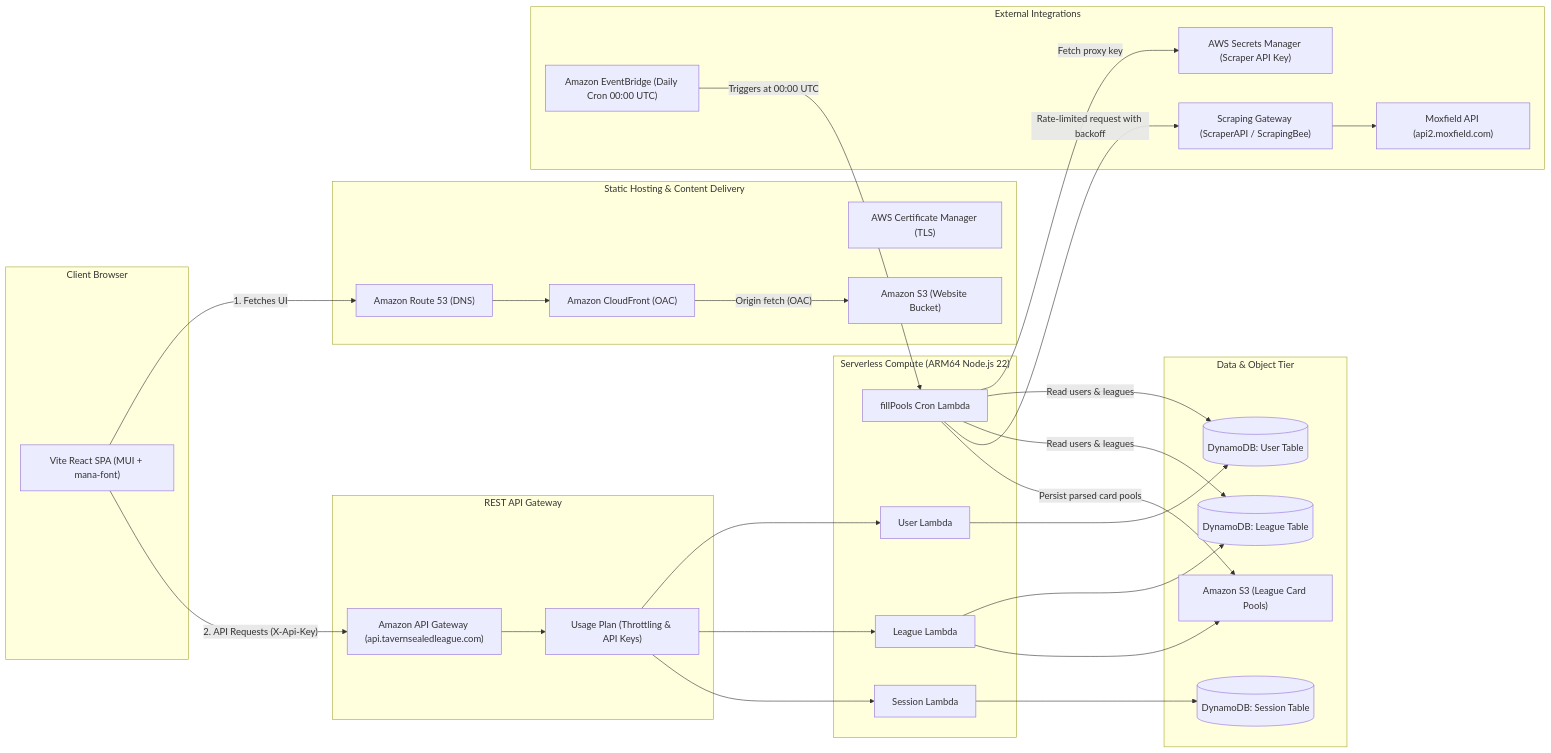
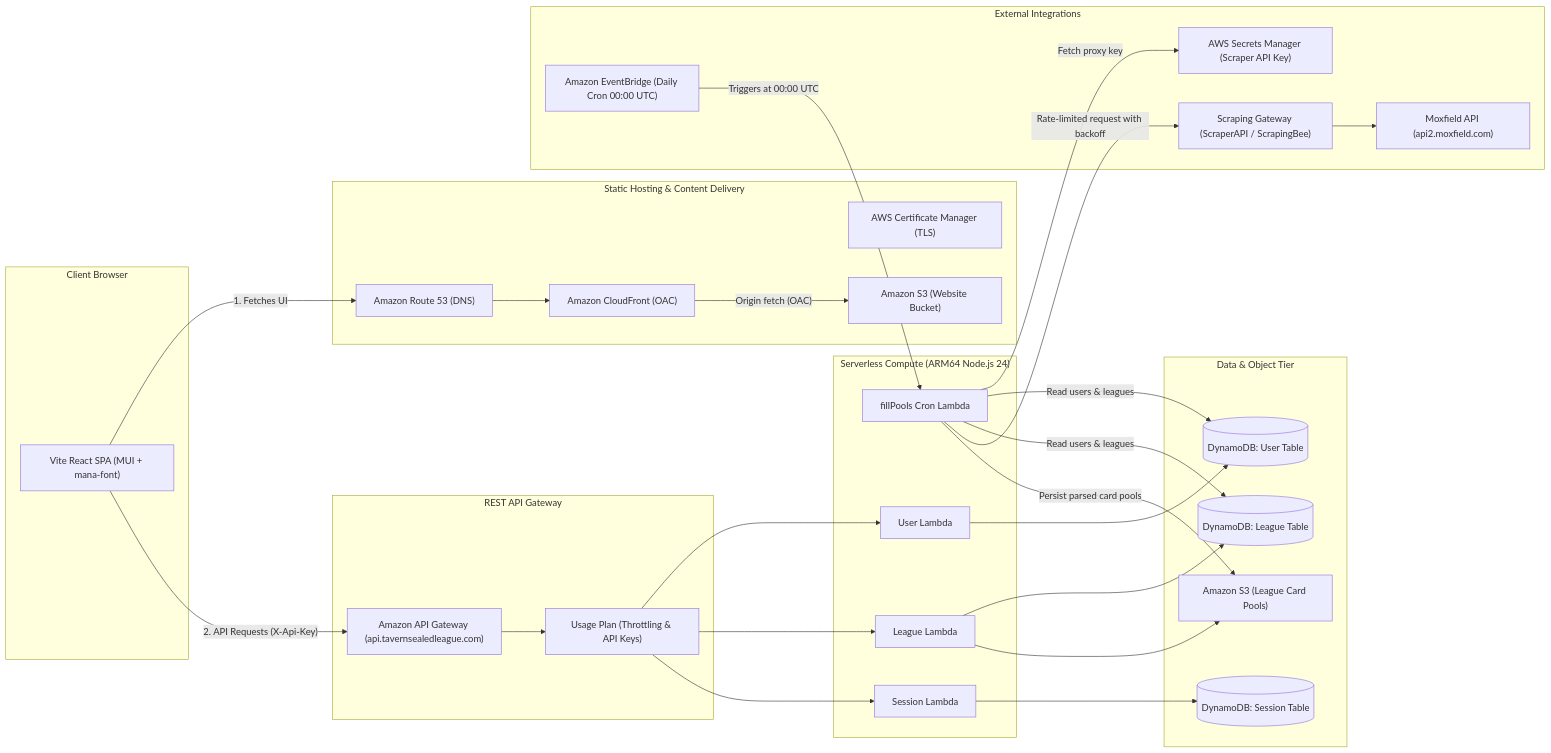
The diagram in GEMINI.md (GitThePower/tsl-site), drawn with Mermaid before and after one commit. The commit also changed other lines of this file and 21 other files, not shown here.

````diff
--- a/GEMINI.md
+++ b/GEMINI.md
@@ -69,57 +68,57 @@
 ```mermaid
 flowchart LR
     subgraph Client["Client Browser"]
         SPA["Vite React SPA (MUI + mana-font)"]
     end
 
     subgraph CDN["Static Hosting & Content Delivery"]
         R53["Amazon Route 53 (DNS)"]
         ACM["AWS Certificate Manager (TLS)"]
         CF["Amazon CloudFront (OAC)"]
         S3Web["Amazon S3 (Website Bucket)"]
     end
 
     subgraph API["REST API Gateway"]
         APIGW["Amazon API Gateway (api.tavernsealedleague.com)"]
         UsagePlan["Usage Plan (Throttling & API Keys)"]
     end
 
-    subgraph Compute["Serverless Compute (ARM64 Node.js 22)"]
+    subgraph Compute["Serverless Compute (ARM64 Node.js 24)"]
         UserFn["User Lambda"]
         LeagueFn["League Lambda"]
         SessionFn["Session Lambda"]
         CronFn["fillPools Cron Lambda"]
     end
 
     subgraph Storage["Data & Object Tier"]
         DDBUser[("DynamoDB: User Table")]
         DDBLeague[("DynamoDB: League Table")]
         DDBSession[("DynamoDB: Session Table")]
         S3League["Amazon S3 (League Card Pools)"]
     end
 
     subgraph External["External Integrations"]
         EB["Amazon EventBridge (Daily Cron 00:00 UTC)"]
         SM["AWS Secrets Manager (Scraper API Key)"]
         Gateway["Scraping Gateway (ScraperAPI / ScrapingBee)"]
         Moxfield["Moxfield API (api2.moxfield.com)"]
     end
 
     SPA -- "1. Fetches UI" --> R53
     R53 --> CF
     CF -- "Origin fetch (OAC)" --> S3Web
     SPA -- "2. API Requests (X-Api-Key)" --> APIGW
     APIGW --> UsagePlan
     UsagePlan --> UserFn & LeagueFn & SessionFn
 
     UserFn --> DDBUser
     SessionFn --> DDBSession
     LeagueFn --> DDBLeague & S3League
 
     EB -- "Triggers at 00:00 UTC" --> CronFn
     CronFn -- "Fetch proxy key" --> SM
     CronFn -- "Read users & leagues" --> DDBUser & DDBLeague
     CronFn -- "Rate-limited request with backoff" --> Gateway
     Gateway --> Moxfield
     CronFn -- "Persist parsed card pools" --> S3League
 ```
````
